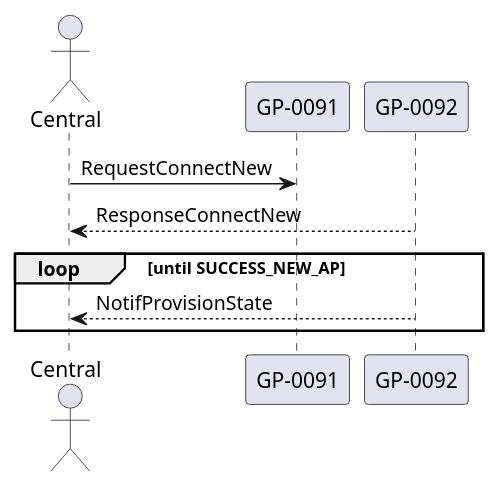
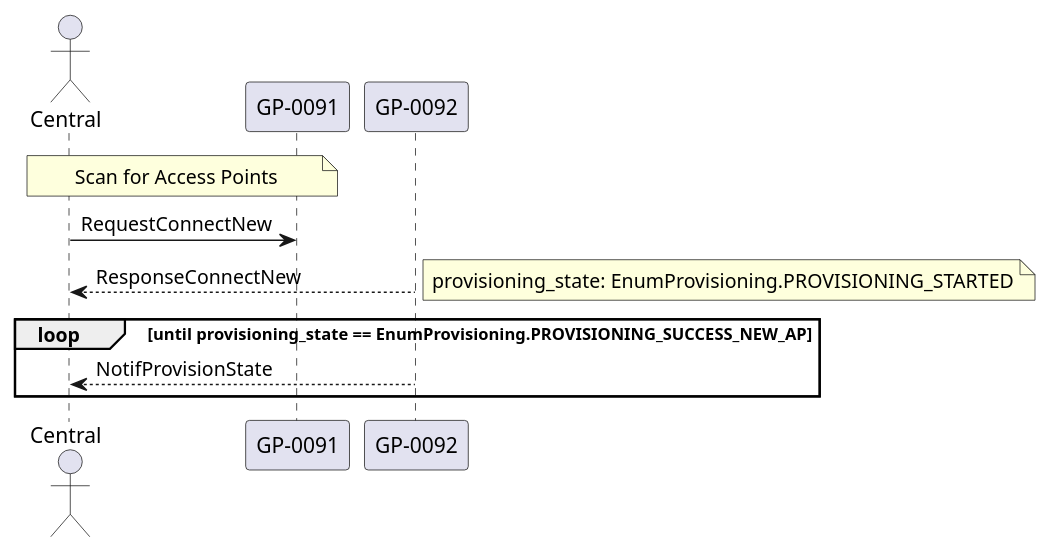
The fourth of 7 diagrams in docs/specs/ble_versions/ble_2_0.md (gopro/OpenGoPro), drawn with PlantUML before and after one commit. The commit also changed other lines of this file and 84 other files, not shown here.

````diff
--- a/docs/specs/ble_versions/ble_2_0.md
+++ b/docs/specs/ble_versions/ble_2_0.md
@@ -3803,17 +4127,20 @@
 ```plantuml!
 
 
 actor Central
 participant "GP-0091" as GP0091
 participant "GP-0092" as GP0092
 
+note over Central, GP0091: Scan for Access Points
 Central  -> GP0091  : RequestConnectNew
 Central <-- GP0092  : ResponseConnectNew
-loop until SUCCESS_NEW_AP
+note right: provisioning_state: EnumProvisioning.PROVISIONING_STARTED
+
+loop until provisioning_state == EnumProvisioning.PROVISIONING_SUCCESS_NEW_AP
     Central <-- GP0092  : NotifProvisionState
 end loop
 
 
 
 
 ```
````
